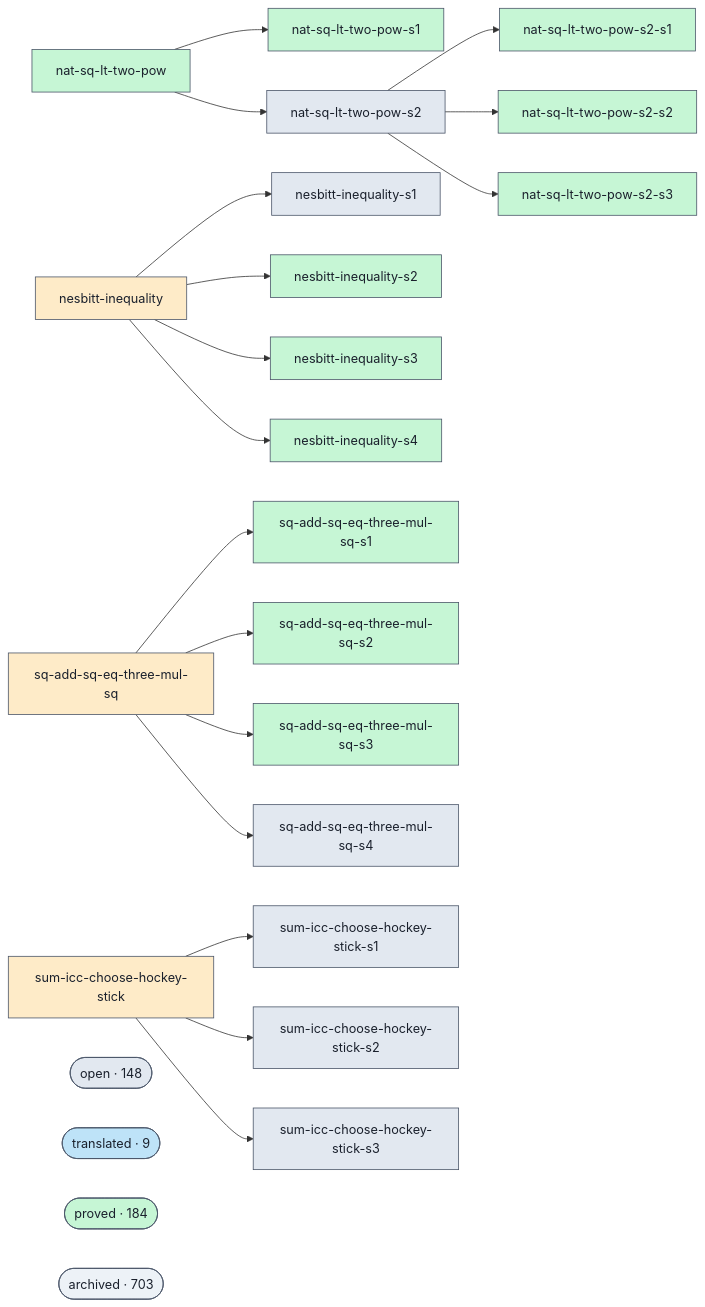
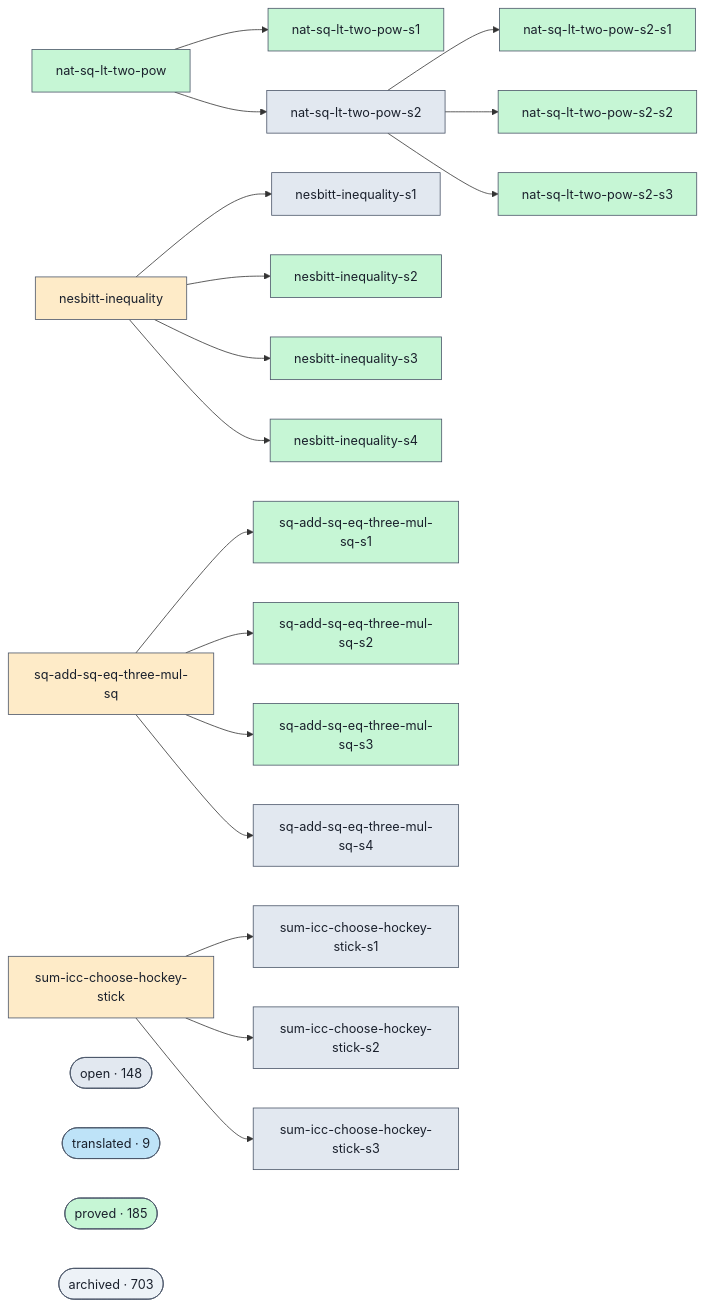
Before and after one commit to ohdearquant/unsorry: the diagram in docs/proofs-contributors-visualisation.md, drawn with Mermaid. The commit also changed other lines of this file and 2 other files, not shown here.

```diff
--- a/docs/proofs-contributors-visualisation.md
+++ b/docs/proofs-contributors-visualisation.md
@@ -102,7 +102,7 @@
   class cluster_open open;
   cluster_translated(["translated · 9"])
   class cluster_translated translated;
-  cluster_proved(["proved · 184"])
+  cluster_proved(["proved · 185"])
   class cluster_proved proved;
   cluster_archived(["archived · 703"])
   class cluster_archived unknown;
```
